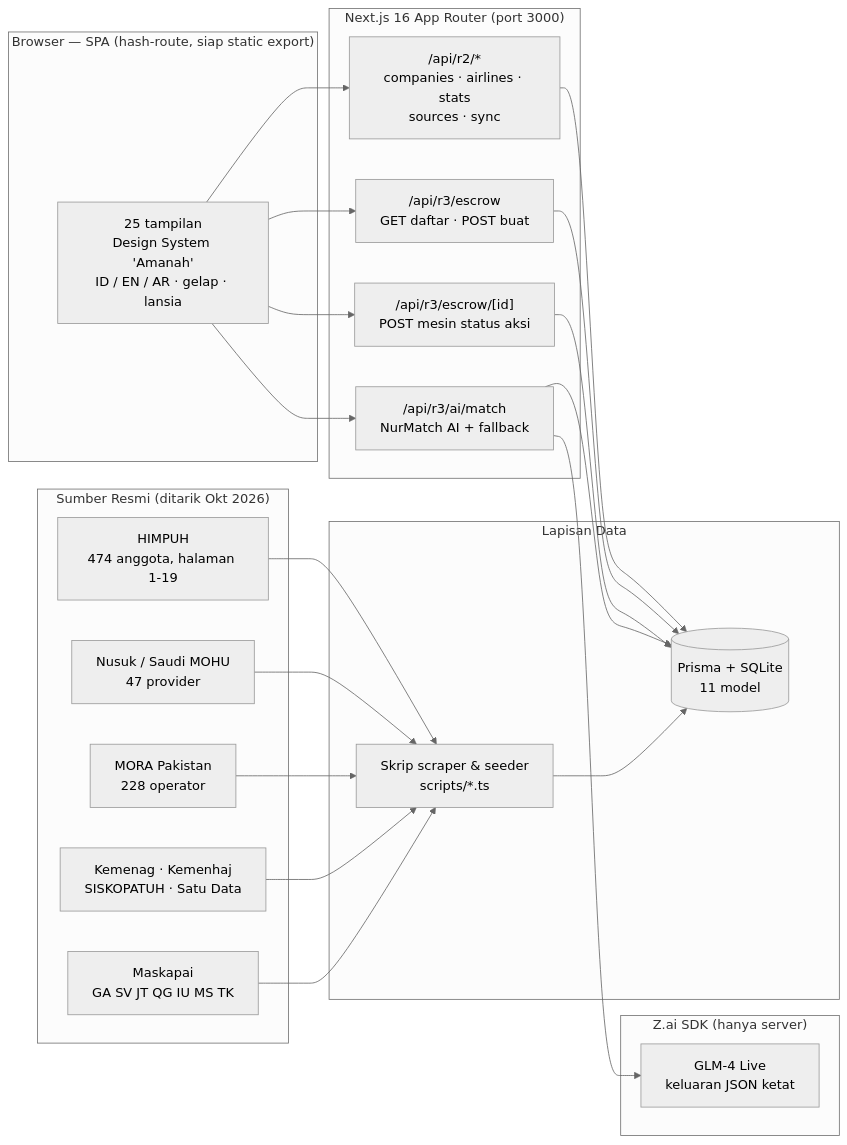
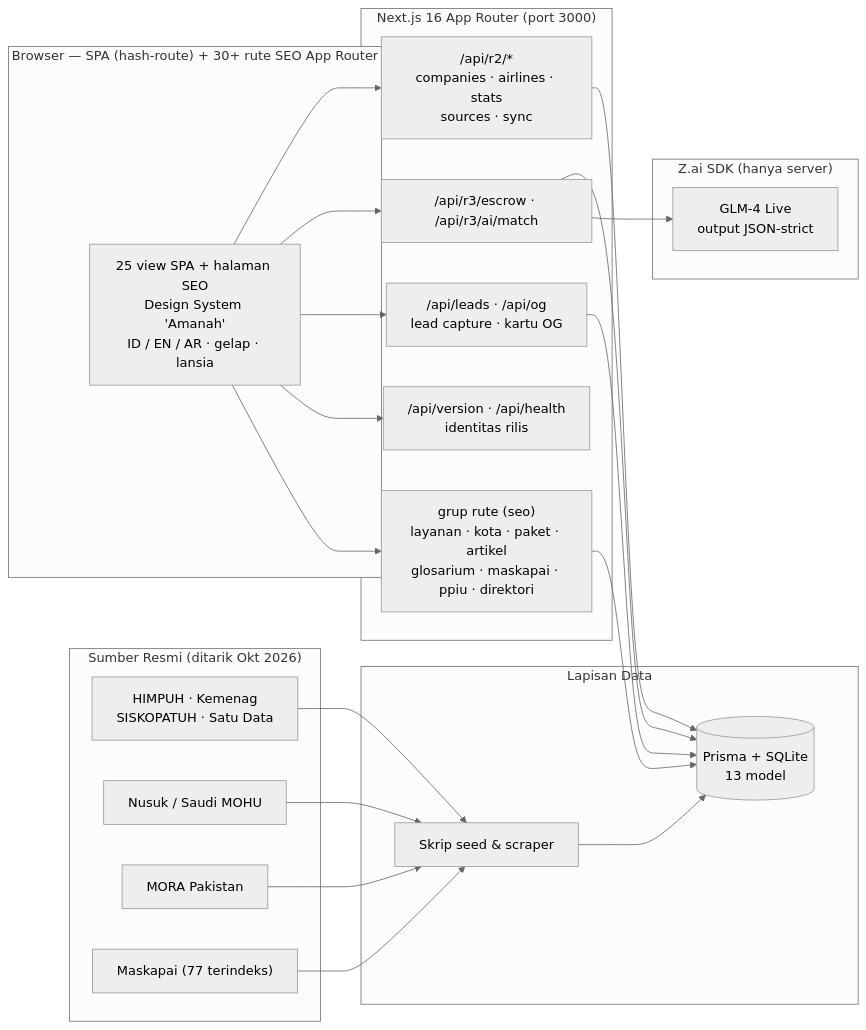
One commit to gunaracorp/solusihajj changed the first of 2 diagrams in README_ID.md. Above: the diagram before and after it, drawn with Mermaid (neutral theme). The commit also changed other lines of this file and 10 other files, not shown here.

````diff
--- a/README_ID.md
+++ b/README_ID.md
@@ -82,37 +108,37 @@
 ```mermaid
 flowchart LR
-    subgraph Client["Browser — SPA (hash-route, siap static export)"]
-        UI["25 tampilan<br/>Design System 'Amanah'<br/>ID / EN / AR · gelap · lansia"]
+    subgraph Client["Browser — SPA (hash-route) + 30+ rute SEO App Router"]
+        UI["25 view SPA + halaman SEO<br/>Design System 'Amanah'<br/>ID / EN / AR · gelap · lansia"]
     end
 
     subgraph Next["Next.js 16 App Router (port 3000)"]
         API1["/api/r2/*<br/>companies · airlines · stats<br/>sources · sync"]
-        API2["/api/r3/escrow<br/>GET daftar · POST buat"]
-        API3["/api/r3/escrow/[id]<br/>POST mesin status aksi"]
-        API4["/api/r3/ai/match<br/>NurMatch AI + fallback"]
+        API2["/api/r3/escrow · /api/r3/ai/match"]
+        API3["/api/leads · /api/og<br/>lead capture · kartu OG"]
+        API4["/api/version · /api/health<br/>identitas rilis"]
+        SEO["grup rute (seo)<br/>layanan · kota · paket · artikel<br/>glosarium · maskapai · ppiu · direktori"]
     end
 
     subgraph Data["Lapisan Data"]
-        DB[("Prisma + SQLite<br/>11 model")]
-        SEED["Skrip scraper & seeder<br/>scripts/*.ts"]
+        DB[("Prisma + SQLite<br/>13 model")]
+        SEED["Skrip seed & scraper"]
     end
 
     subgraph Sources["Sumber Resmi (ditarik Okt 2026)"]
-        H["HIMPUH<br/>474 anggota, halaman 1-19"]
-        N["Nusuk / Saudi MOHU<br/>47 provider"]
-        P["MORA Pakistan<br/>228 operator"]
-        K["Kemenag · Kemenhaj<br/>SISKOPATUH · Satu Data"]
-        A["Maskapai<br/>GA SV JT QG IU MS TK"]
+        H["HIMPUH · Kemenag<br/>SISKOPATUH · Satu Data"]
+        N["Nusuk / Saudi MOHU"]
+        P["MORA Pakistan"]
+        A["Maskapai (77 terindeks)"]
     end
 
     subgraph AI["Z.ai SDK (hanya server)"]
-        LLM["GLM-4 Live<br/>keluaran JSON ketat"]
+        LLM["GLM-4 Live<br/>output JSON-strict"]
     end
 
     UI --> API1 & API2 & API3 & API4
-    API1 & API2 & API3 --> DB
-    API4 --> DB
-    API4 --> LLM
+    UI --> SEO
+    SEO & API1 & API2 & API3 --> DB
+    API2 --> LLM
     SEED --> DB
-    H & N & P & K & A --> SEED
+    H & N & P & A --> SEED
 ```
````
